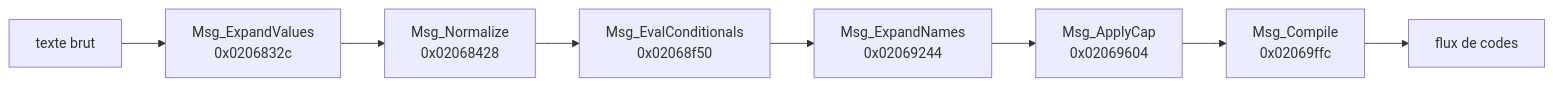
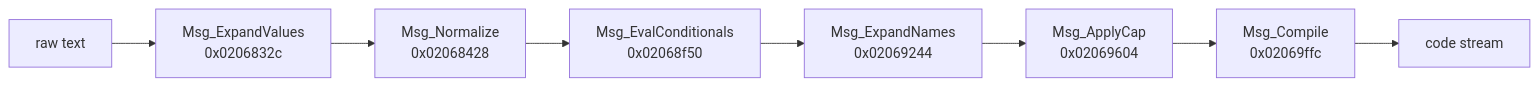
Before and after one commit to FabLrc/dq9-rust: the diagram in docs/re/text.md, drawn with Mermaid. The commit also changed other lines of this file and 91 other files, not shown here.

````diff
--- a/docs/re/text.md
+++ b/docs/re/text.md
@@ -50,5 +50,5 @@
 ```mermaid
 flowchart LR
-    s[texte brut] --> v[Msg_ExpandValues<br/>0x0206832c] --> n[Msg_Normalize<br/>0x02068428] --> c[Msg_EvalConditionals<br/>0x02068f50]
-    c --> e[Msg_ExpandNames<br/>0x02069244] --> k[Msg_ApplyCap<br/>0x02069604] --> m[Msg_Compile<br/>0x02069ffc] --> o[flux de codes]
+    s[raw text] --> v[Msg_ExpandValues<br/>0x0206832c] --> n[Msg_Normalize<br/>0x02068428] --> c[Msg_EvalConditionals<br/>0x02068f50]
+    c --> e[Msg_ExpandNames<br/>0x02069244] --> k[Msg_ApplyCap<br/>0x02069604] --> m[Msg_Compile<br/>0x02069ffc] --> o[code stream]
 ```
````
